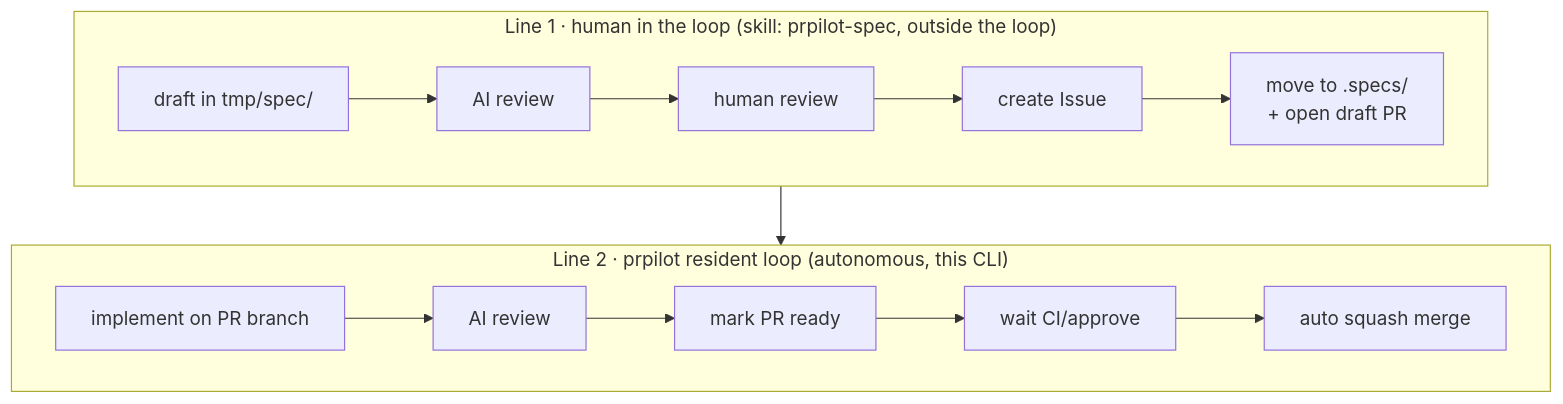
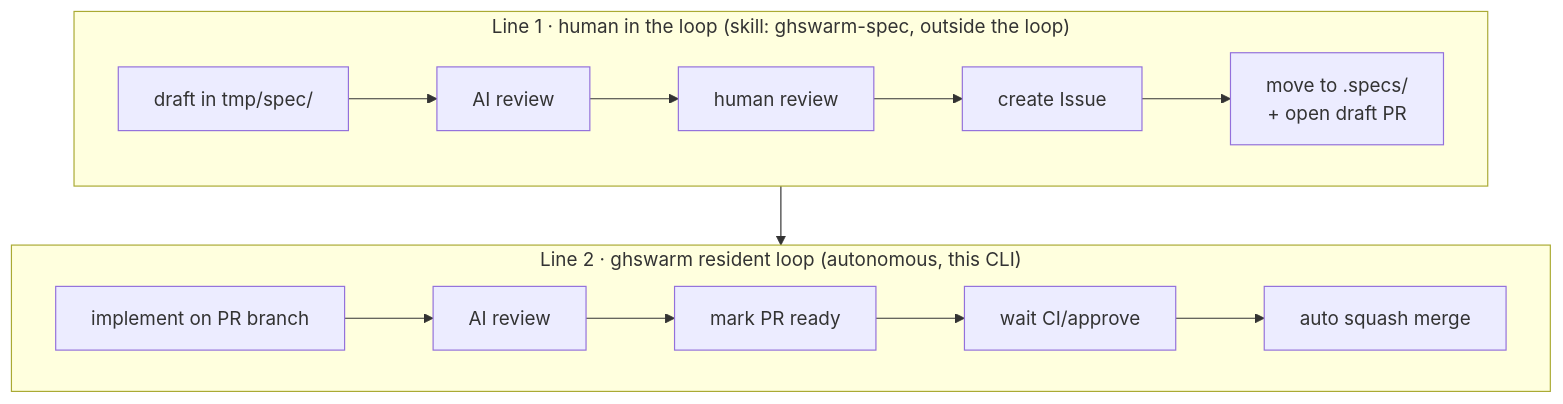
Before and after one commit to toyama0919/ghswarm: the first of 2 diagrams in README.md, drawn with Mermaid. The commit also changed other lines of this file and 49 other files, not shown here.

First line of the commit message:
Rename project from prpilot to ghswarm

````diff
--- a/README.md
+++ b/README.md
@@ -17,12 +17,12 @@
 ```mermaid
 flowchart TB
-  subgraph L1["Line 1 · human in the loop (skill: prpilot-spec, outside the loop)"]
+  subgraph L1["Line 1 · human in the loop (skill: ghswarm-spec, outside the loop)"]
     direction LR
     A1[draft in tmp/spec/] --> A2[AI review] --> A3[human review] --> A4[create Issue] --> A5[move to .specs/<br/>+ open draft PR]
   end
-  subgraph L2["Line 2 · prpilot resident loop (autonomous, this CLI)"]
+  subgraph L2["Line 2 · ghswarm resident loop (autonomous, this CLI)"]
     direction LR
     B1[implement on PR branch] --> B2[AI review] --> B3[mark PR ready] --> B4[wait CI/approve] --> B5[auto squash merge]
   end
   L1 --> L2
 ```
````
